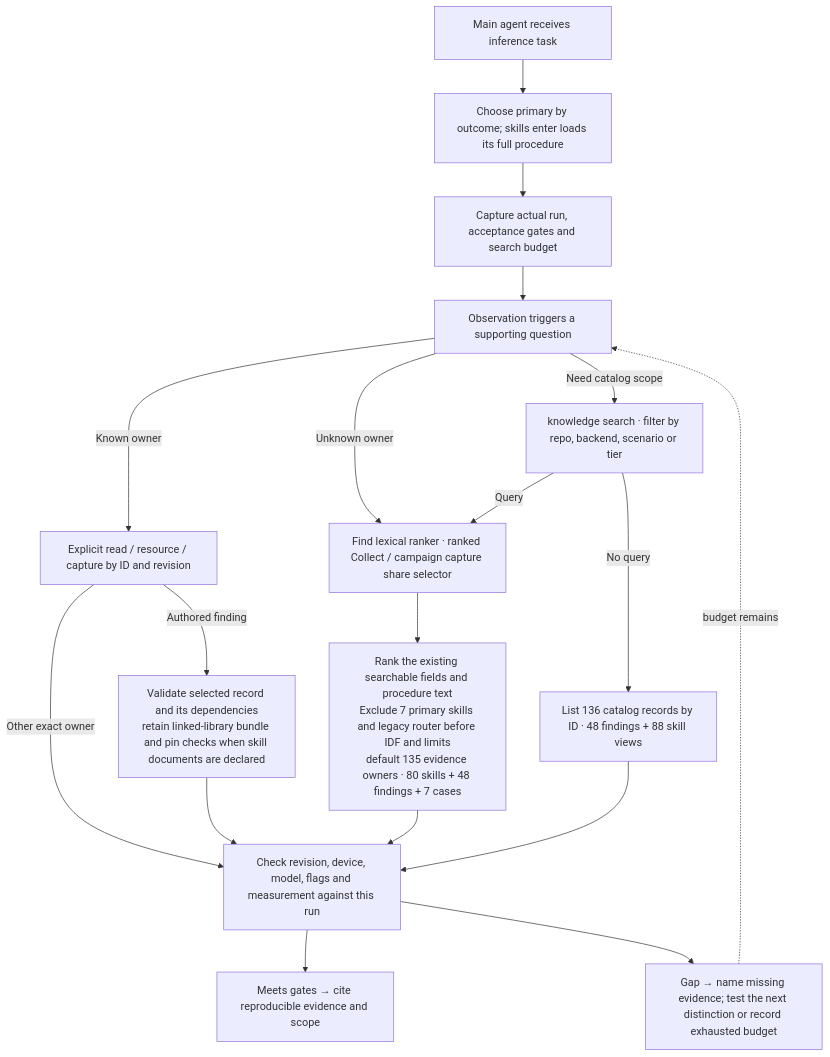
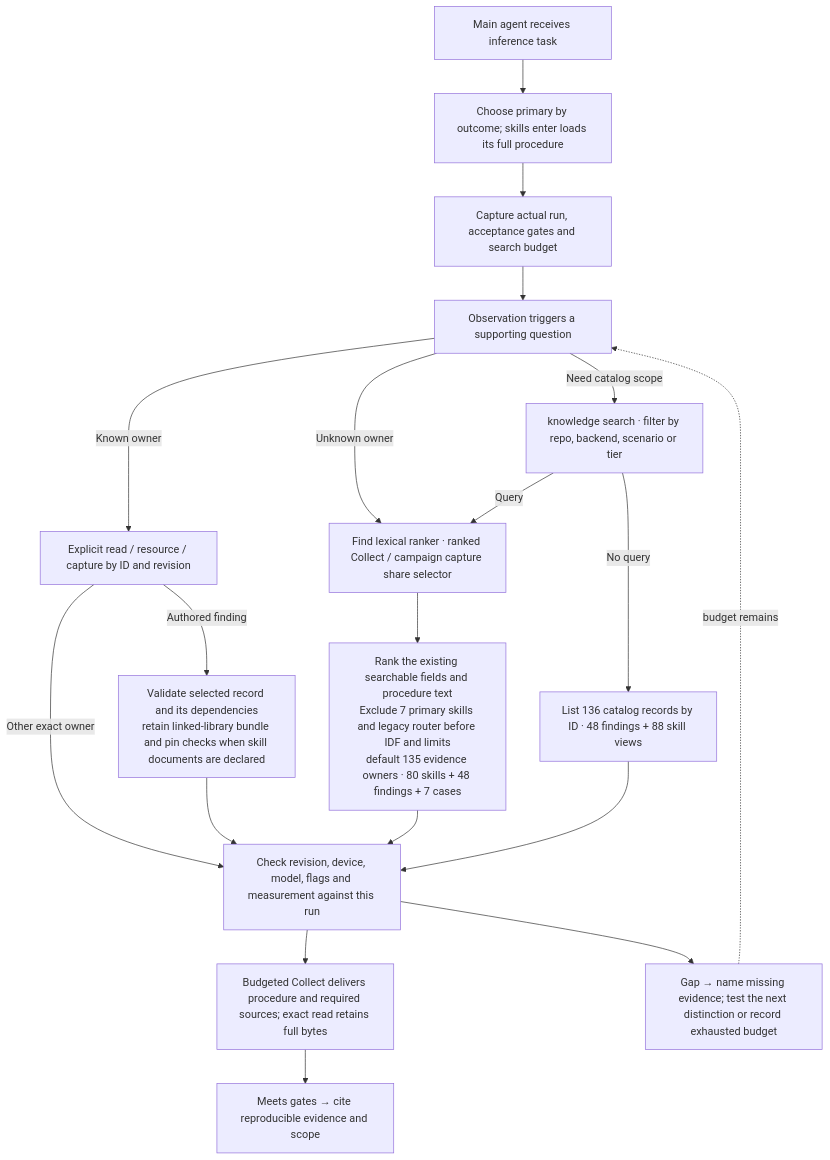
Before and after one commit to InferMatrixLab/InferRSI: the third of 4 diagrams in docs/knowledge-layout.md, drawn with Mermaid. The commit also changed other lines of this file and 11 other files, not shown here.

````diff
--- a/docs/knowledge-layout.md
+++ b/docs/knowledge-layout.md
@@ -48,18 +48,19 @@
 ```mermaid
 flowchart TB
     Q["Main agent receives inference task"] --> P["Choose primary by outcome; skills enter loads its full procedure"]
     P --> R["Capture actual run, acceptance gates and search budget"]
     R --> D["Observation triggers a supporting question"]
     D -->|Known owner| I["Explicit read / resource / capture by ID and revision"]
     D -->|Unknown owner| F["Find lexical ranker · ranked Collect / campaign capture share selector"]
     D -->|Need catalog scope| C["knowledge search · filter by repo, backend, scenario or tier"]
     C -->|Query| F
     C -->|No query| B["List 136 catalog records by ID · 48 findings + 88 skill views"]
     F --> A["Rank the existing searchable fields and procedure text<br/>Exclude 7 primary skills and legacy router before IDF and limits<br/>default 135 evidence owners · 80 skills + 48 findings + 7 cases"]
     I -->|Authored finding| E["Validate selected record and its dependencies<br/>retain linked-library bundle and pin checks when skill documents are declared"]
     I -->|Other exact owner| V["Check revision, device, model, flags and measurement against this run"]
     E & A & B --> V
-    V --> X["Meets gates → cite reproducible evidence and scope"]
+    V --> Z["Budgeted Collect delivers procedure and required sources; exact read retains full bytes"]
+    Z --> X["Meets gates → cite reproducible evidence and scope"]
     V --> G["Gap → name missing evidence; test the next distinction or record exhausted budget"]
     G -.->|budget remains| D
 ```
````
